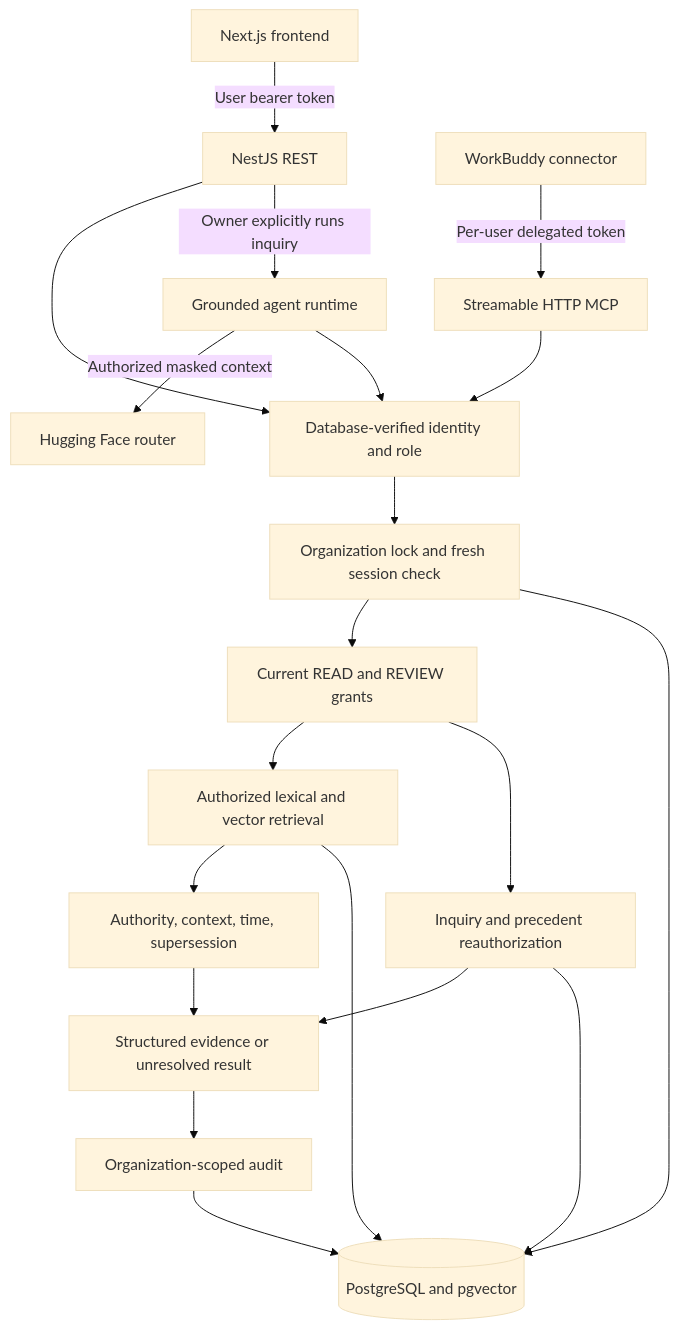
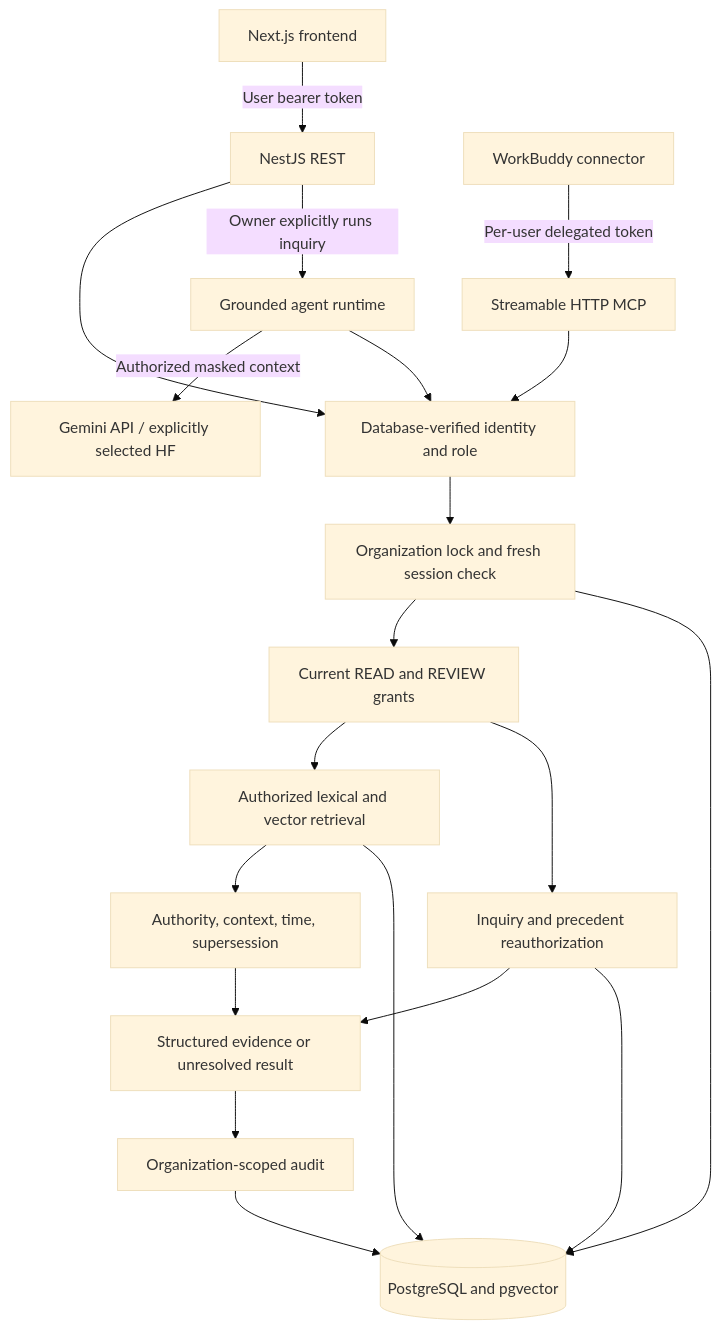
Before and after one commit to Veridict-labs/veridict: the diagram in docs/architecture.md, drawn with Mermaid (base theme). The commit also changed other lines of this file and 20 other files, not shown here.

````diff
--- a/docs/architecture.md
+++ b/docs/architecture.md
@@ -5,22 +5,22 @@
 ```mermaid
 flowchart TD
   Web[Next.js frontend] -->|User bearer token| API[NestJS REST]
   Agent[WorkBuddy connector] -->|Per-user delegated token| MCP[Streamable HTTP MCP]
   API --> Guard[Database-verified identity and role]
   API -->|Owner explicitly runs inquiry| Runtime[Grounded agent runtime]
-  Runtime -->|Authorized masked context| HF[Hugging Face router]
+  Runtime -->|Authorized masked context| LLM[Gemini API / explicitly selected HF]
   Runtime --> Guard
   MCP --> Guard
   Guard --> Scope[Organization lock and fresh session check]
   Scope --> ACL[Current READ and REVIEW grants]
   ACL --> Search[Authorized lexical and vector retrieval]
   ACL --> History[Inquiry and precedent reauthorization]
   Search --> Policy[Authority, context, time, supersession]
   Policy --> Evidence[Structured evidence or unresolved result]
   History --> Evidence
   Evidence --> Audit[Organization-scoped audit]
   Scope --> DB[(PostgreSQL and pgvector)]
   Search --> DB
   History --> DB
   Audit --> DB
 ```
````
